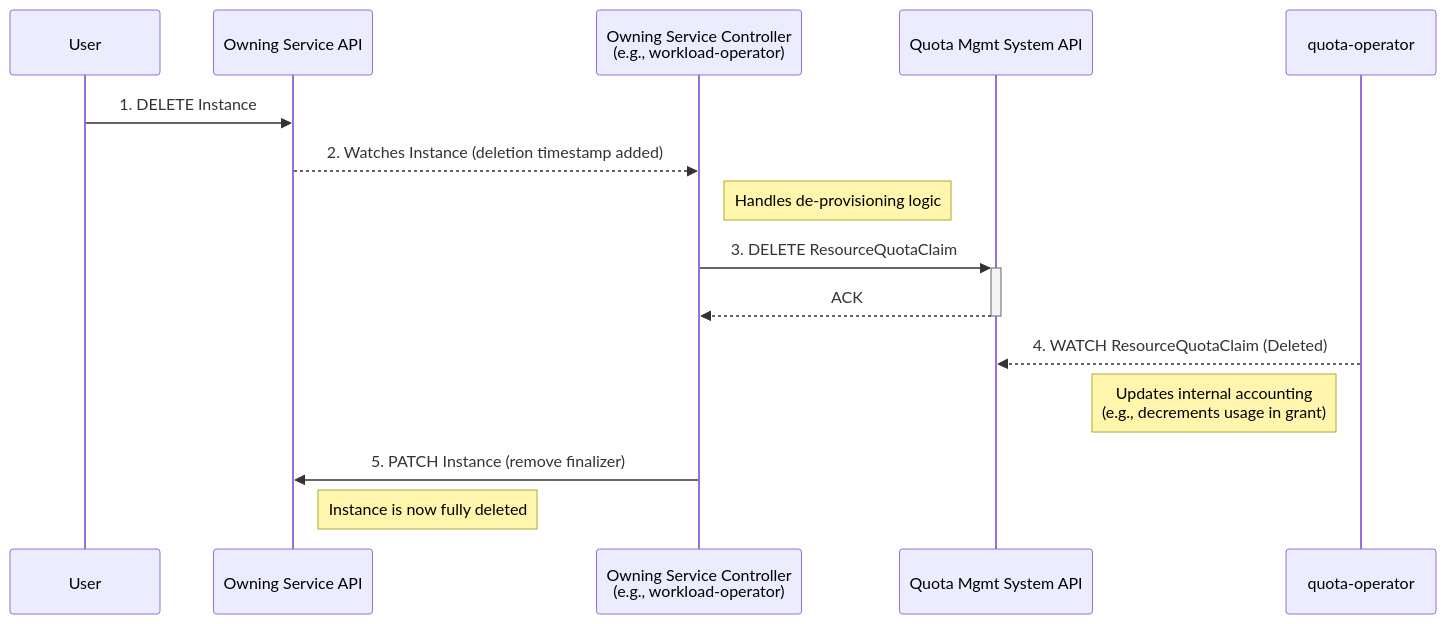
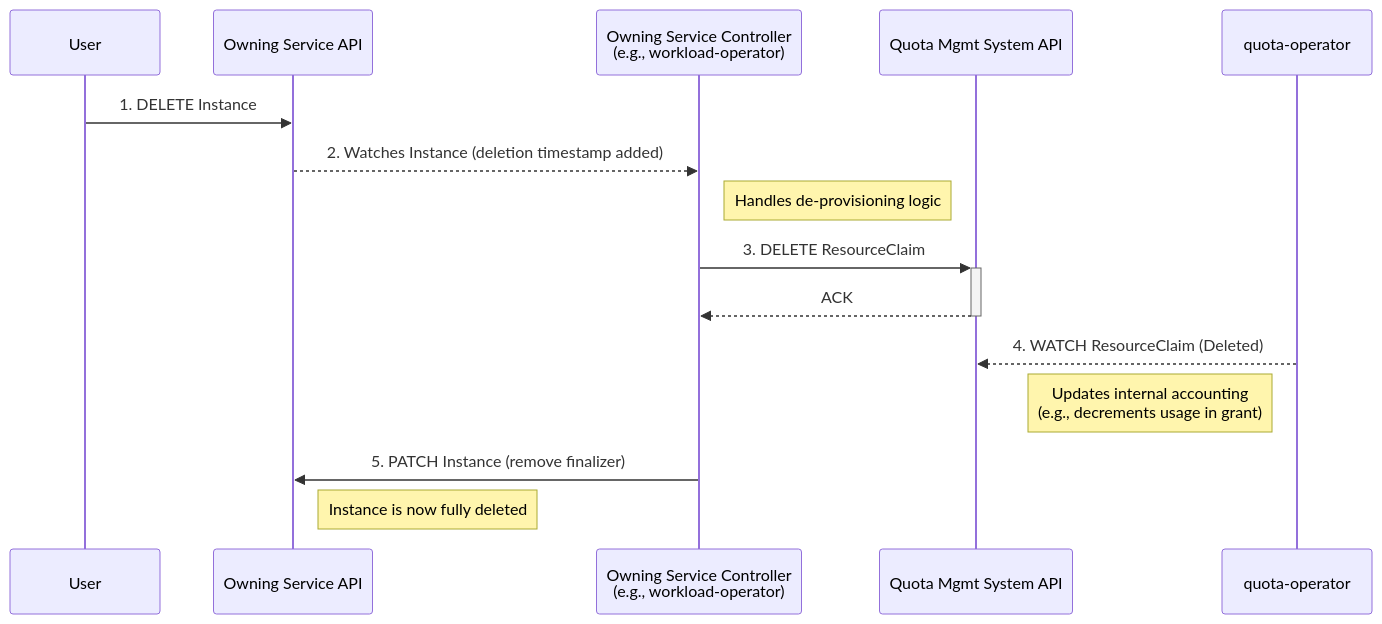
Before and after one commit to datum-cloud/enhancements: the sixth of 6 diagrams in enhancements/platform/quota-management/README.md, drawn with Mermaid. The commit also changed other lines of this file, not shown here.

Commit message:
chore(quota): updates glossary of main terminology

````diff
--- a/enhancements/platform/quota-management/README.md
+++ b/enhancements/platform/quota-management/README.md
@@ -1459,22 +1461,22 @@
 ```mermaid
 %% Sequence Diagram - Ancillary Flow: Tear-down & Quota Release
 sequenceDiagram
     participant User
     participant OwningServiceAPI as Owning Service API
     participant OwningServiceController as Owning Service Controller <br/> (e.g., workload-operator)
     participant QuotaAPI as Quota Mgmt System API
     participant QuotaOperator as quota-operator
 
     User->>OwningServiceAPI: 1. DELETE Instance
     OwningServiceAPI-->>OwningServiceController: 2. Watches Instance (deletion timestamp added)
 
     note right of OwningServiceController: Handles de-provisioning logic
-    OwningServiceController->>+QuotaAPI: 3. DELETE ResourceQuotaClaim
+    OwningServiceController->>+QuotaAPI: 3. DELETE ResourceClaim
     QuotaAPI-->>-OwningServiceController: ACK
 
-    QuotaOperator-->>QuotaAPI: 4. WATCH ResourceQuotaClaim (Deleted)
+    QuotaOperator-->>QuotaAPI: 4. WATCH ResourceClaim (Deleted)
     note left of QuotaOperator: Updates internal accounting <br/> (e.g., decrements usage in grant)
 
     OwningServiceController->>OwningServiceAPI: 5. PATCH Instance (remove finalizer)
     note right of OwningServiceAPI: Instance is now fully deleted
 ```
````
